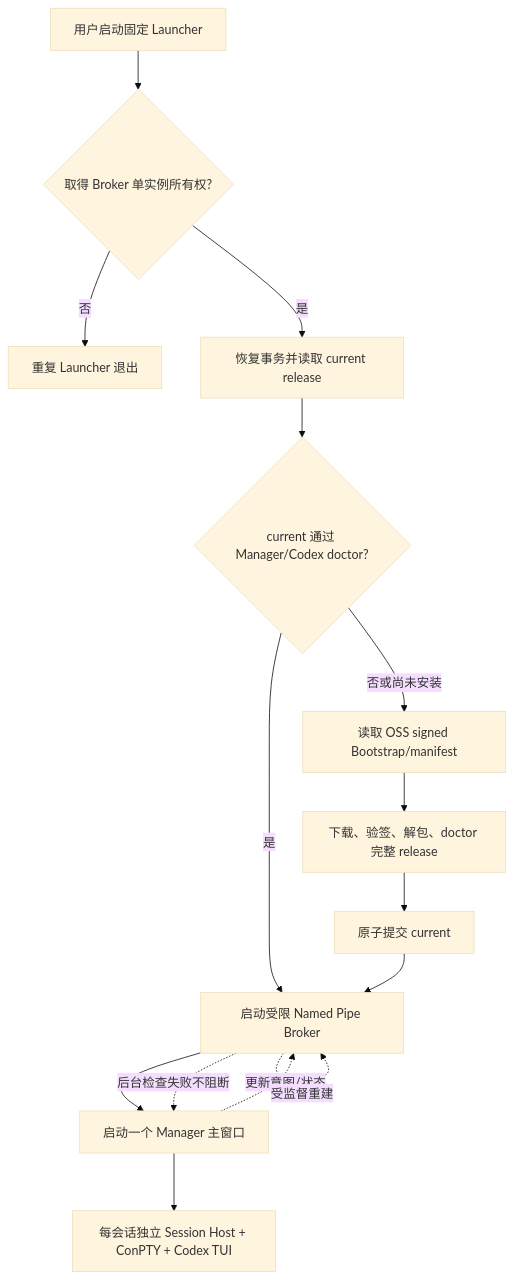
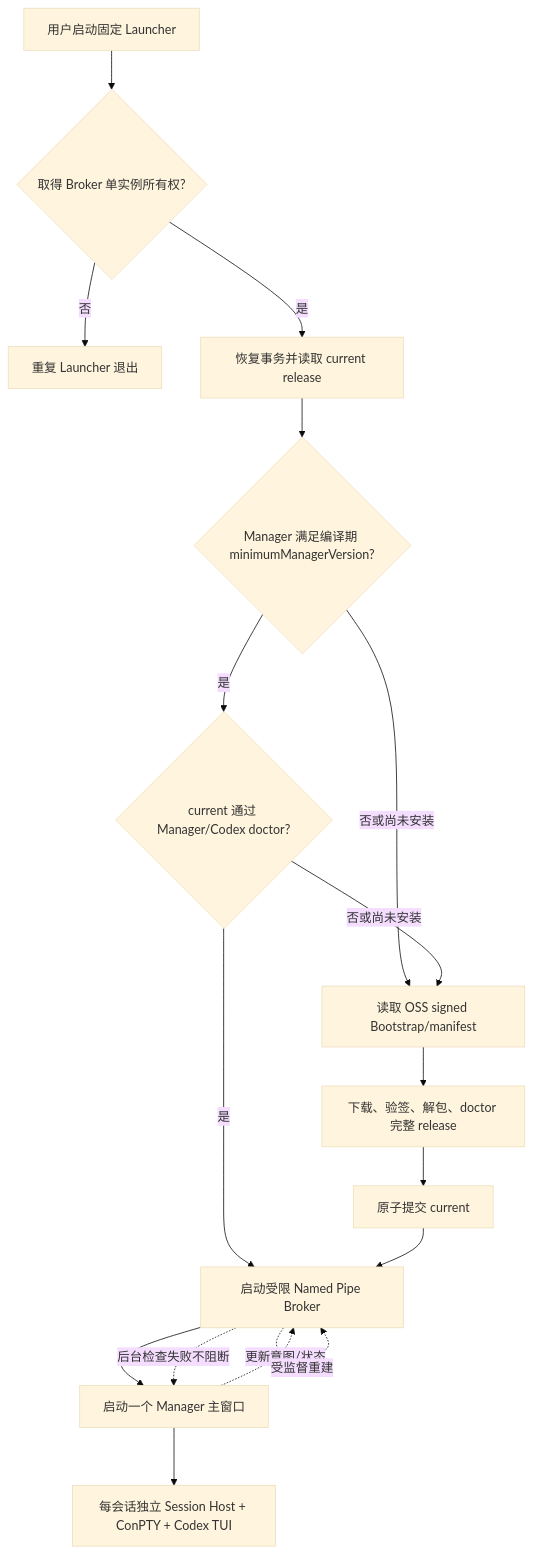
Before and after one commit to chengzhang0528/tauri-codex: the first of 3 diagrams in 文档/项目/项目_tauri-codex/当前设计.md, drawn with Mermaid (base theme). The commit also changed other lines of this file and 13 other files, not shown here.

````diff
--- a/文档/项目/项目_tauri-codex/当前设计.md
+++ b/文档/项目/项目_tauri-codex/当前设计.md
@@ -52,17 +52,19 @@
 ```mermaid
 flowchart TD
   S["用户启动固定 Launcher"] --> L{"取得 Broker 单实例所有权?"}
   L -- "否" --> X["重复 Launcher 退出"]
   L -- "是" --> V["恢复事务并读取 current release"]
-  V --> H{"current 通过 Manager/Codex doctor?"}
+  V --> C{"Manager 满足编译期 minimumManagerVersion?"}
+  C -- "否或尚未安装" --> R["读取 OSS signed Bootstrap/manifest"]
+  C -- "是" --> H{"current 通过 Manager/Codex doctor?"}
   H -- "否或尚未安装" --> R["读取 OSS signed Bootstrap/manifest"]
+  H -- "是" --> B["启动受限 Named Pipe Broker"]
   R --> P["下载、验签、解包、doctor 完整 release"]
   P --> A["原子提交 current"]
-  H -- "是" --> B["启动受限 Named Pipe Broker"]
   A --> B
   B --> M["启动一个 Manager 主窗口"]
   M --> T["每会话独立 Session Host + ConPTY + Codex TUI"]
   M -. "更新意图/状态" .-> B
   B -. "受监督重建" .-> B
   B -. "后台检查失败不阻断" .-> M
 ```
````
